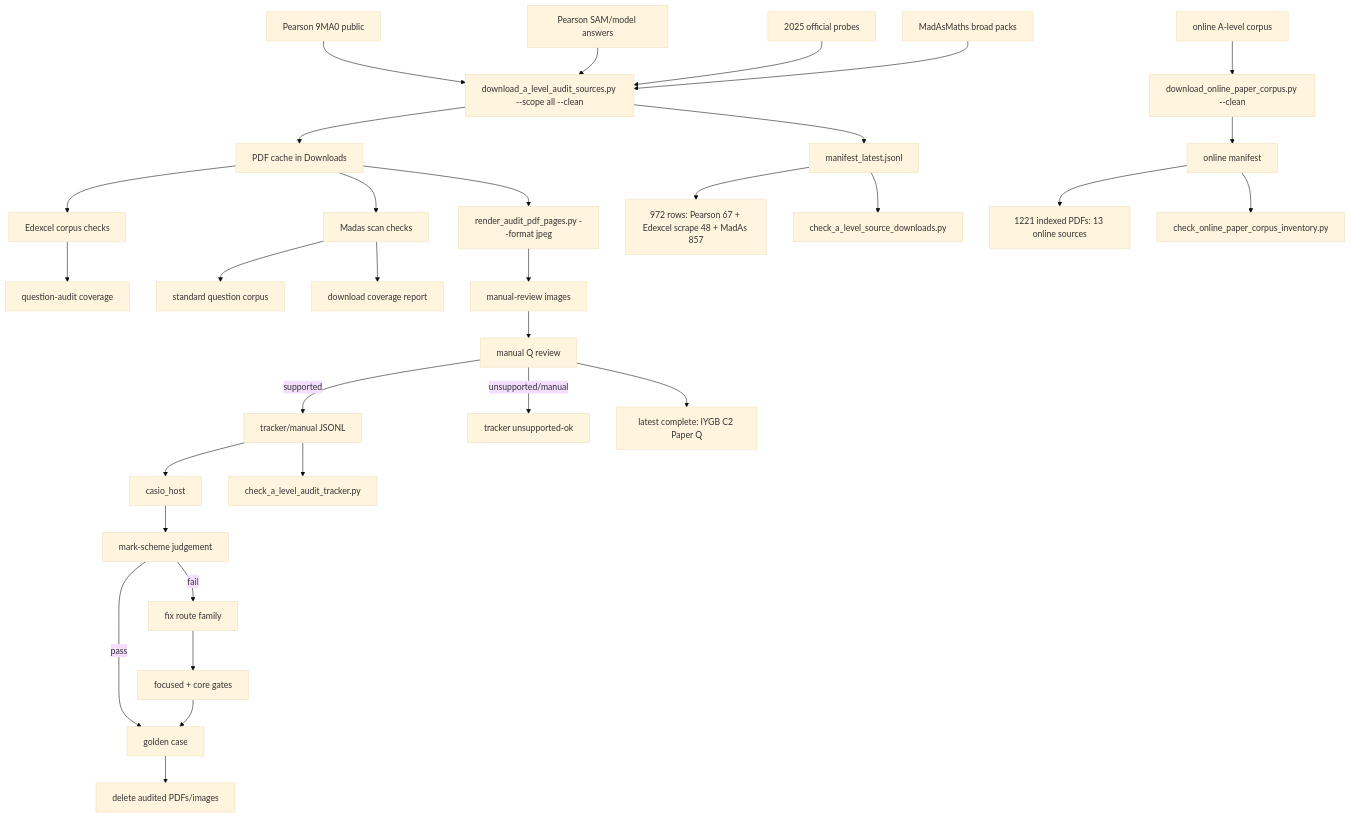
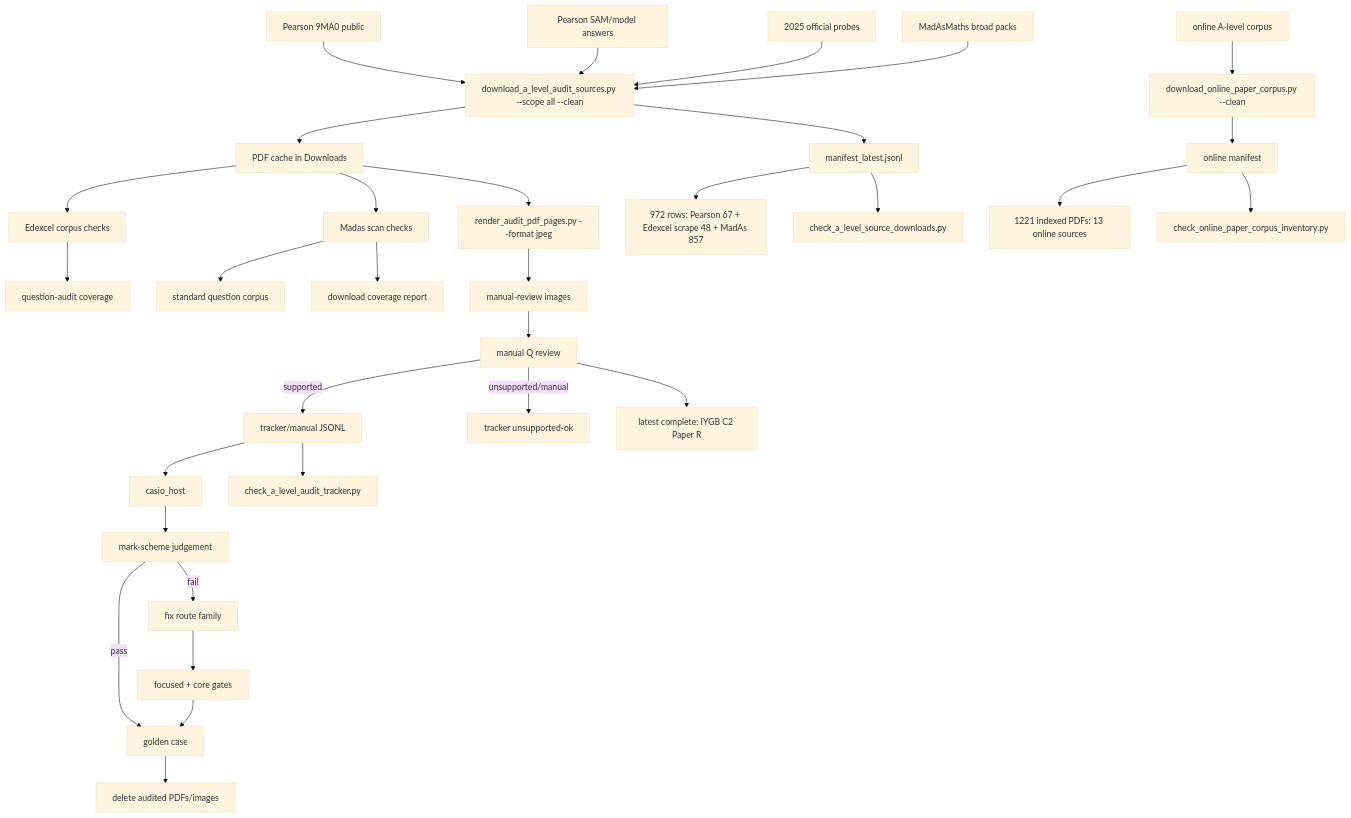
One commit to james8464/notes-addin-casio-fx-cg50 changed the diagram in c++/tools/golden/a_level_audit_graph.md. Above: the diagram before and after it, drawn with Mermaid (base theme). The commit also changed other lines of this file and 2 other files, not shown here.

Commit message:
Audit IYGB C2 Paper R

````diff
--- a/c++/tools/golden/a_level_audit_graph.md
+++ b/c++/tools/golden/a_level_audit_graph.md
@@ -3,34 +3,34 @@
 ```mermaid
 graph TD
   E1["Pearson 9MA0 public"] --> D["download_a_level_audit_sources.py --scope all --clean"]
   E2["Pearson SAM/model answers"] --> D
   E3["2025 official probes"] --> D
   M1["MadAsMaths broad packs"] --> D
   O1["online A-level corpus"] --> OD["download_online_paper_corpus.py --clean"]
   D --> P["PDF cache in Downloads"]
   D --> X["manifest_latest.jsonl"]
   OD --> OX["online manifest"]
   X --> XC["972 rows: Pearson 67 + Edexcel scrape 48 + MadAs 857"]
   OX --> OC["1221 indexed PDFs: 13 online sources"]
   X --> V["check_a_level_source_downloads.py"]
   OX --> OV["check_online_paper_corpus_inventory.py"]
   P --> E["Edexcel corpus checks"]
   E --> EQ["question-audit coverage"]
   P --> S["Madas scan checks"]
   S --> M["standard question corpus"]
   S --> MC["download coverage report"]
   P --> R["render_audit_pdf_pages.py --format jpeg"]
   R --> I["manual-review images"]
   I --> Q["manual Q review"]
   Q -->|supported| J["tracker/manual JSONL"]
   Q -->|unsupported/manual| U["tracker unsupported-ok"]
   J --> H["casio_host"]
   J --> K["check_a_level_audit_tracker.py"]
   H --> C["mark-scheme judgement"]
   C -->|pass| G["golden case"]
   C -->|fail| F["fix route family"]
   F --> T["focused + core gates"]
   T --> G
   G --> Z["delete audited PDFs/images"]
-  Q --> Qt["latest complete: IYGB C2 Paper Q"]
+  Q --> Qt["latest complete: IYGB C2 Paper R"]
 ```
````
